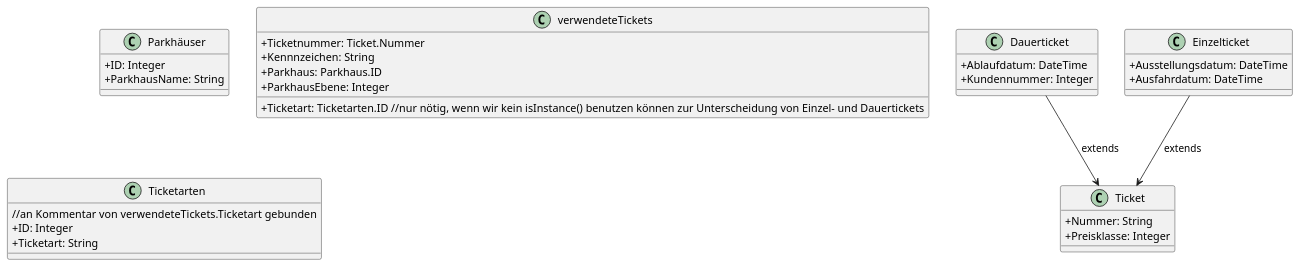
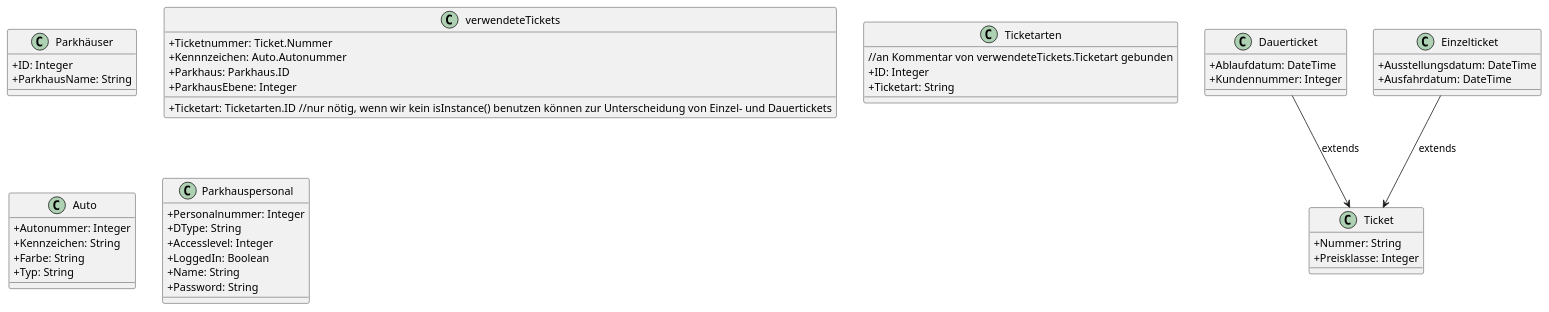
Before and after one commit to SilverLous/Software-EngineeringProject: the diagram in src/main/UML/Datenbankstruktur.puml, drawn with PlantUML.

Commit message:
Datenbankstruktur.puml um Autos erweitert

```diff
--- a/src/main/UML/Datenbankstruktur.puml
+++ b/src/main/UML/Datenbankstruktur.puml
@@ -1,40 +1,56 @@
 @startuml
 skinparam classAttributeIconSize 0
 
 class Parkhäuser {
   +ID: Integer
   +ParkhausName: String
 }
 
 class Ticket {
   +Nummer: String
   +Preisklasse: Integer
 }
 
 class Dauerticket{
   +Ablaufdatum: DateTime
   +Kundennummer: Integer
 }
 
 class Einzelticket {
   +Ausstellungsdatum: DateTime
   +Ausfahrdatum: DateTime
 }
 
 class verwendeteTickets {
   +Ticketnummer: Ticket.Nummer
   +Ticketart: Ticketarten.ID //nur nötig, wenn wir kein isInstance() benutzen können zur Unterscheidung von Einzel- und Dauertickets
-  +Kennnzeichen: String
+  +Kennnzeichen: Auto.Autonummer
   +Parkhaus: Parkhaus.ID
   +ParkhausEbene: Integer
 }
 
 class Ticketarten {
   //an Kommentar von verwendeteTickets.Ticketart gebunden
   +ID: Integer
   +Ticketart: String
 }
 
+class Auto {
+  +Autonummer: Integer
+  +Kennzeichen: String
+  +Farbe: String
+  +Typ: String
+}
+
+class Parkhauspersonal {
+  +Personalnummer: Integer
+  +DType: String
+  +Accesslevel: Integer
+  +LoggedIn: Boolean
+  +Name: String
+  +Password: String
+}
+
 Dauerticket --> Ticket: extends
 Einzelticket --> Ticket: extends
 @enduml
```
